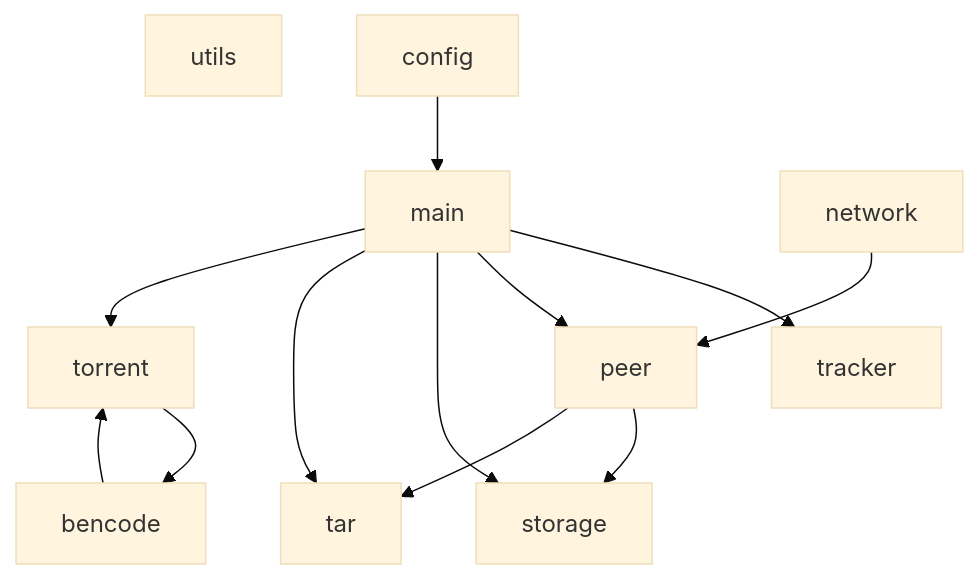
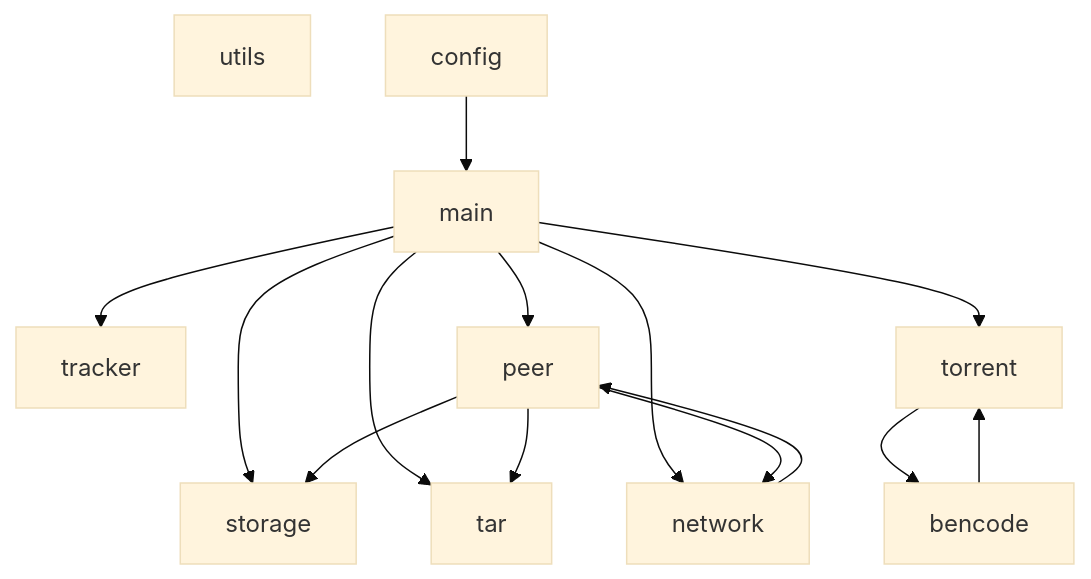
One commit to molnija3d/C-2025-09-EVGENIY-Z changed the diagram in FINAL/README.MD. Above: the diagram before and after it, drawn with Mermaid (base theme). The commit also changed 1 other file, not shown here.

Commit message:
working on markdown

````diff
--- a/FINAL/README.MD
+++ b/FINAL/README.MD
@@ -142,16 +142,18 @@
 ```mermaid
 graph TD
  
  utils
  config --> main
  main --> tracker
  main --> peer
  main --> storage
  main --> tar
  main --> torrent
+ main --> network
  torrent --> bencode
  network --> peer
  peer --> storage
  peer --> tar
+ peer --> network
  bencode --> torrent
 ```
````
